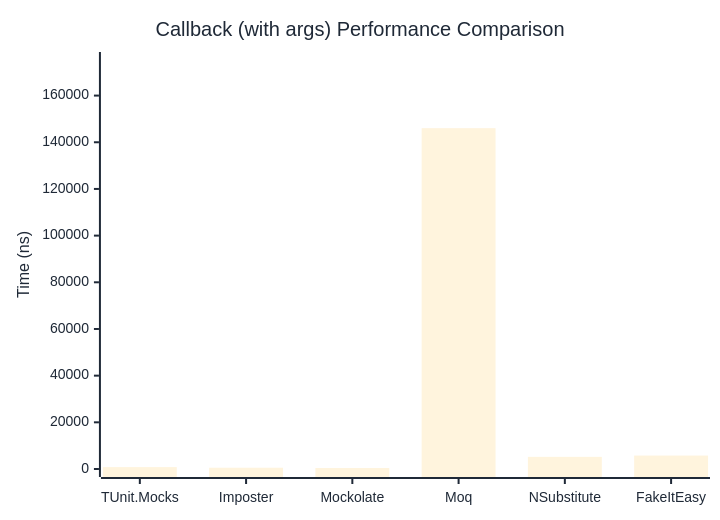
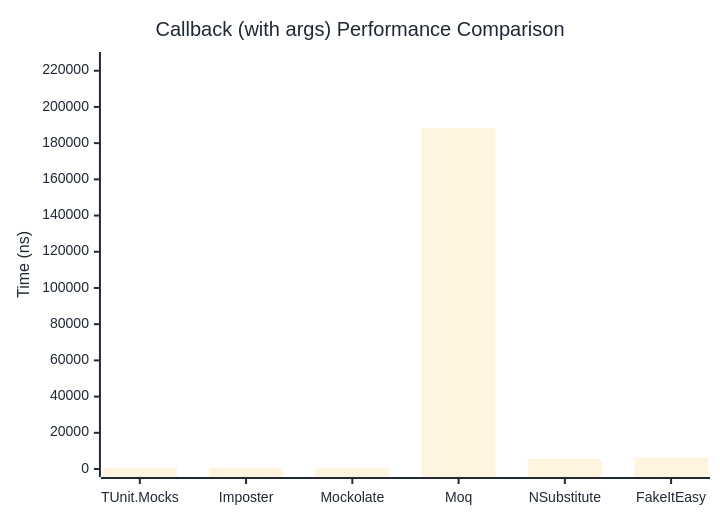
One commit to thomhurst/TUnit changed the second of 2 diagrams in docs/docs/benchmarks/mocks/Callback.md. Above: the diagram before and after it, drawn with Mermaid. The commit also changed other lines of this file and 14 other files, not shown here.

````diff
--- a/docs/docs/benchmarks/mocks/Callback.md
+++ b/docs/docs/benchmarks/mocks/Callback.md
@@ -71,27 +71,27 @@
 ```mermaid
 %%{init: {
   'theme':'base',
   'themeVariables': {
     'primaryColor': '#2563eb',
     'primaryTextColor': '#1f2937',
     'primaryBorderColor': '#1e40af',
     'lineColor': '#6b7280',
     'secondaryColor': '#7c3aed',
     'tertiaryColor': '#dc2626',
     'background': '#ffffff',
     'pie1': '#2563eb',
     'pie2': '#7c3aed',
     'pie3': '#dc2626',
     'pie4': '#f59e0b',
     'pie5': '#10b981',
     'pie6': '#06b6d4',
     'pie7': '#ec4899',
     'pie8': '#6366f1'
   }
 }}%%
 xychart-beta
   title "Callback (with args) Performance Comparison"
   x-axis ["TUnit.Mocks", "Imposter", "Mockolate", "Moq", "NSubstitute", "FakeItEasy"]
-  y-axis "Time (ns)" 0 --> 175247
-  bar [807.2, 549, 415.7, 146038.6, 5202.5, 5758.8]
+  y-axis "Time (ns)" 0 --> 225923
+  bar [786.1, 556.7, 408, 188268.6, 5557.3, 6311.4]
 ```
````
